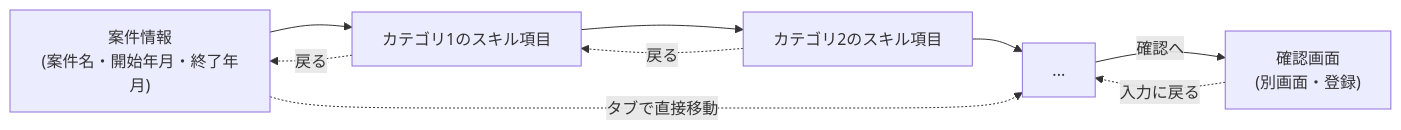
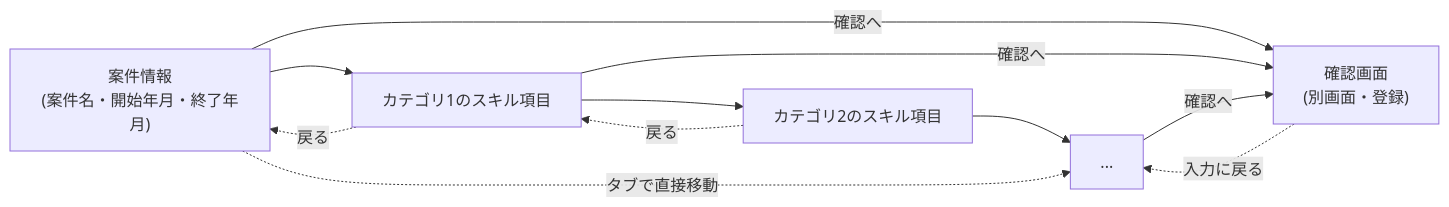
One commit to Seiya-Nakagawa/Portfolio changed the fourth of 4 diagrams in docs/02.design/DESIGN.md. Above: the diagram before and after it, drawn with Mermaid. The commit also changed other lines of this file and 1 other file, not shown here.

First line of the commit message:
feat: 案件登録の「確認へ」ボタンを全カテゴリのページに表示する (#74)

````diff
--- a/docs/02.design/DESIGN.md
+++ b/docs/02.design/DESIGN.md
@@ -325,11 +325,13 @@
 ```mermaid
 flowchart LR
     Info["案件情報\n(案件名・開始年月・終了年月)"] --> Cat1["カテゴリ1のスキル項目"]
     Cat1 --> Cat2["カテゴリ2のスキル項目"]
     Cat2 --> CatN["..."]
+    Info -->|確認へ| Confirm
+    Cat1 -->|確認へ| Confirm
     CatN -->|確認へ| Confirm["確認画面\n(別画面・登録)"]
     Cat1 -.戻る.-> Info
     Cat2 -.戻る.-> Cat1
     Confirm -.入力に戻る.-> CatN
     Info -.タブで直接移動.-> CatN
 ```
````
